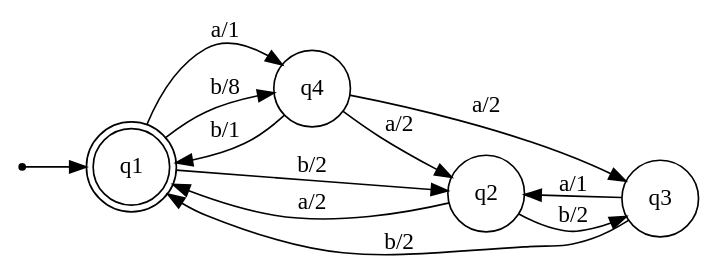
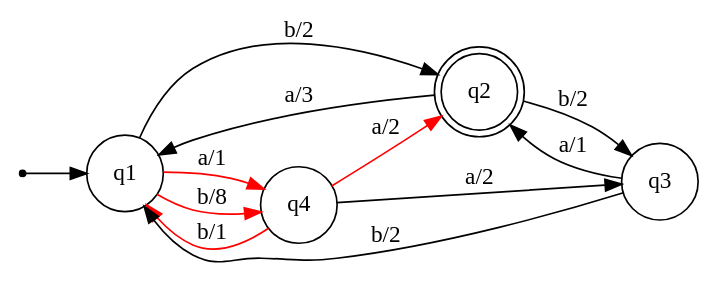
The diagram in input.dot (zenAndroid/oracle-extract), drawn with Graphviz before and after one commit. The commit also changed 3 other files, not shown here.

```diff
--- a/input.dot
+++ b/input.dot
@@ -1,17 +1,17 @@
 digraph Automaton {
     node [shape=point] INIT;
-    q1 [shape="doublecircle"];
+    q2 [shape="doublecircle"];
     node [shape=circle];
     rankdir = LR;
     INIT -> q1;
     q1 -> q2 [label="b/2"];
-    q1 -> q4 [label="a/1"];
-    q1 -> q4 [label="b/8"];
-    q2 -> q1 [label="a/2"];
+    q1 -> q4 [label="a/1", color=red];
+    q1 -> q4 [label="b/8", color=red];
+    q2 -> q1 [label="a/3"];
     q2 -> q3 [label="b/2"];
     q3 -> q2 [label="a/1"];
     q3 -> q1 [label="b/2"];
-    q4 -> q1 [label="b/1"];
+    q4 -> q1 [label="b/1", color=red];
     q4 -> q3 [label="a/2"];
-    q4 -> q2 [label="a/2"];
+    q4 -> q2 [label="a/2", color=red];
 }
```
